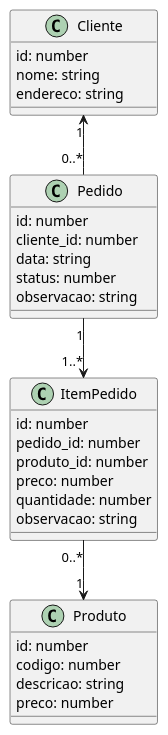
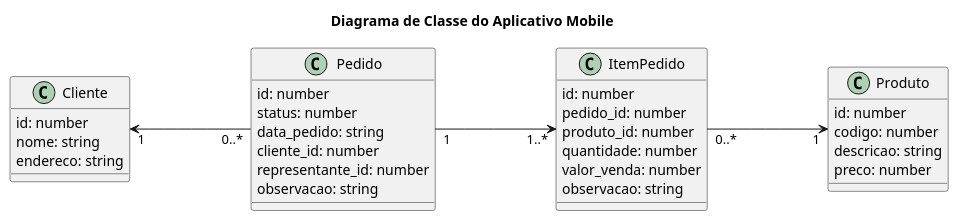
One commit to mal2celo/ProjetoIntegradoASD changed the diagram in doc/diagramas/diagrama_de_classes_mobile.plantuml. Above: the diagram before and after it, drawn with PlantUML. The commit also changed 42 other files, not shown here.

```diff
--- a/doc/diagramas/diagrama_de_classes_mobile.plantuml
+++ b/doc/diagramas/diagrama_de_classes_mobile.plantuml
@@ -1,38 +1,41 @@
 @startuml Diagrama de Classe Mobile
-skinparam SameClassWidth true
+title Diagrama de Classe do Aplicativo Mobile
+
+left to right direction
 
 class Pedido {
   id: number
+  status: number
+  data_pedido: string
   cliente_id: number
-  data: string
-  status: number
+  representante_id: number
   observacao: string
 }
 
 class ItemPedido {
   id: number
   pedido_id: number
   produto_id: number
-  preco: number
   quantidade: number
+  valor_venda: number
   observacao: string
 }
 
 class Produto {
   id: number
   codigo: number
   descricao: string
   preco: number
 }
 
 class Cliente {
   id: number
   nome: string
   endereco: string
 }
 
-Cliente "1" <-- "0..*" Pedido
-Pedido "1" --> "1..*" ItemPedido
-ItemPedido "0..*" --> "1" Produto
+Cliente "1" <--- "0..*" Pedido
+Pedido "1" ---> "1..*" ItemPedido
+ItemPedido "0..*" ---> "1" Produto
 
 @enduml
```
